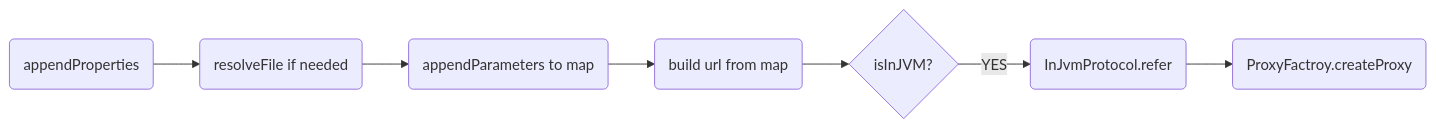
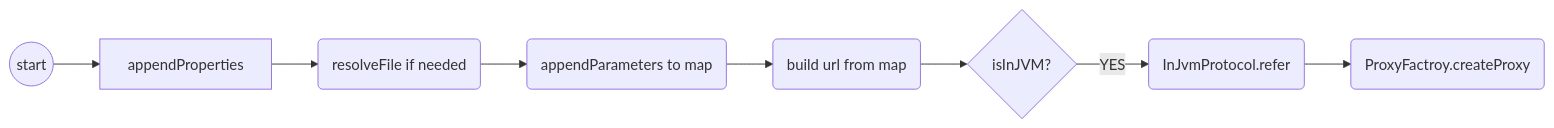
One commit to zhudongdong/docs changed the third of 3 diagrams in dubbo/dubbo.md. Above: the diagram before and after it, drawn with Mermaid. The commit also changed other lines of this file, not shown here.

Commit message:
Uploaded by https://stackedit.io/

````diff
--- a/dubbo/dubbo.md
+++ b/dubbo/dubbo.md
@@ -212,10 +212,11 @@
 ```mermaid
 graph LR
-A(appendProperties) --> B(resolveFile if needed) 
+Z((start))-->A[appendProperties]
+A--> B(resolveFile if needed) 
 B-->C(appendParameters to map)
 C-->D(build url from map)
 D-->E{isInJVM?}
 E--YES-->F(InJvmProtocol.refer)
 F--> G(ProxyFactroy.createProxy)
 
 ```
````
